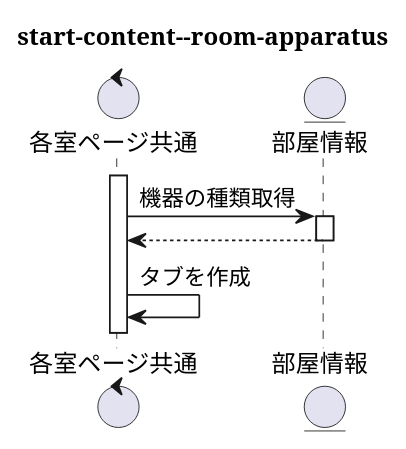
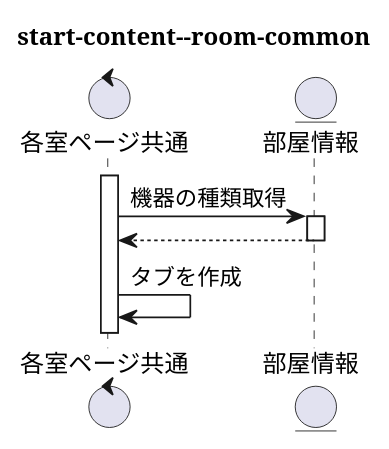
The diagram in docs/logic/sequence/start-content--room-common.pu (dede-20191130/room-apparatus-control-console), drawn with PlantUML before and after one commit. The commit also changed 10 other files, not shown here.

```diff
--- a/docs/logic/sequence/start-content--room-common.pu
+++ b/docs/logic/sequence/start-content--room-common.pu
@@ -1,13 +1,13 @@
-@startuml start-content--room-apparatus
-title start-content--room-apparatus
+@startuml start-content--room-common
+title start-content--room-common
 control 各室ページ共通 as rc
 entity "部屋情報" as rinfo
 
 activate rc
 rc -> rinfo:機器の種類取得
 activate rinfo
 rinfo --> rc
 deactivate rinfo
 rc -> rc:タブを作成
 
 @enduml
```
